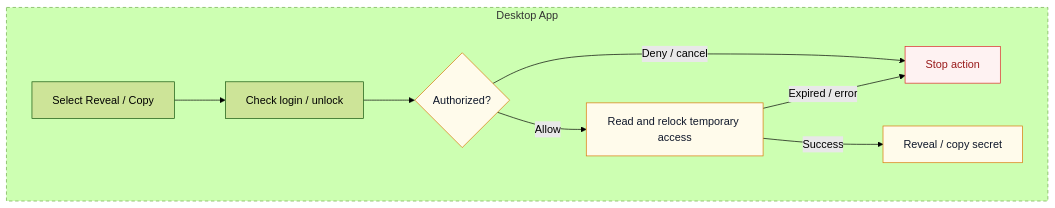
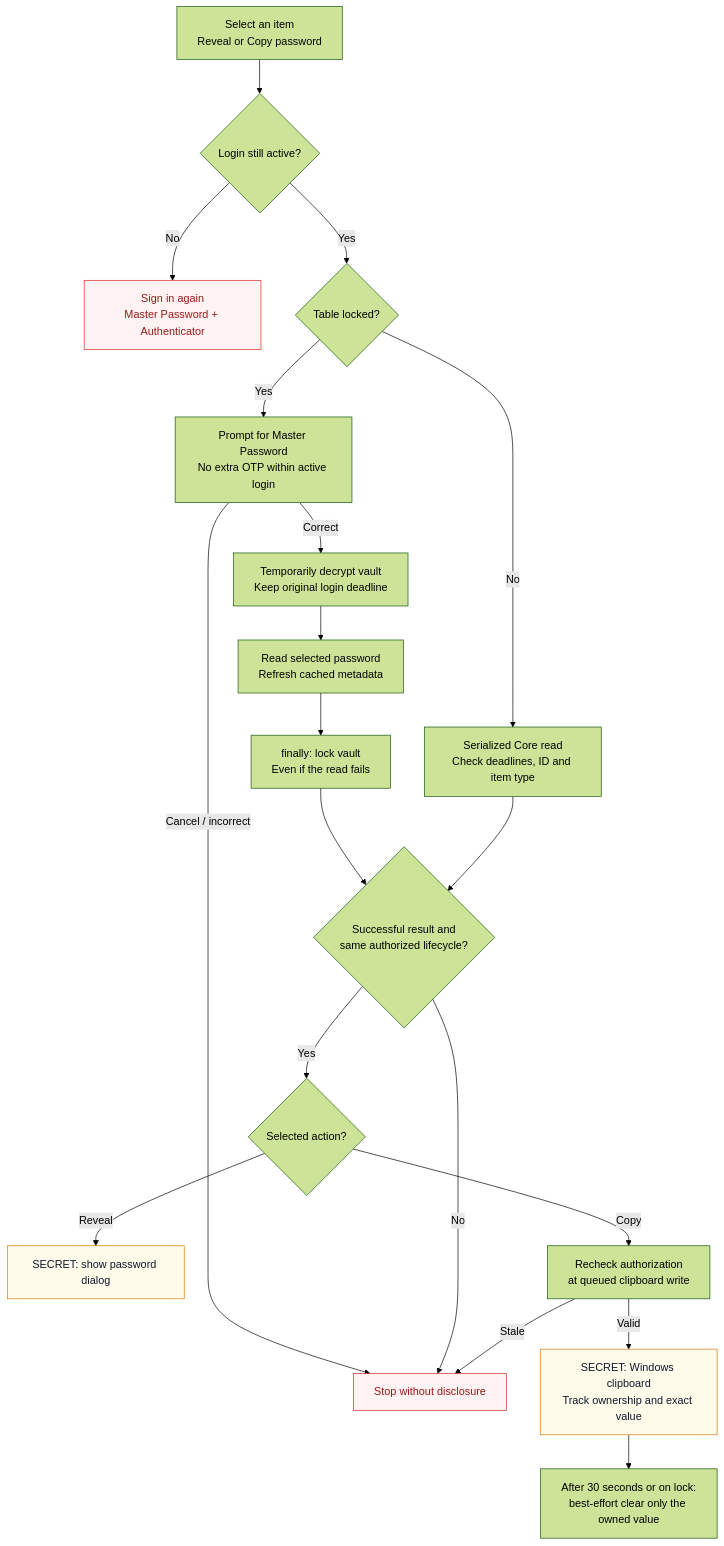
The diagram in docs/diagrams/reveal-copy.mmd (Lmnhutw/YourSafe), drawn with Mermaid (forest theme) before and after one commit. The commit also changed 47 other files, not shown here.

```diff
--- a/docs/diagrams/reveal-copy.mmd
+++ b/docs/diagrams/reveal-copy.mmd
@@ -1,16 +1,23 @@
-flowchart LR
-    accTitle: Reveal or copy a password
-    accDescr: A desktop action checks the login and unlocks temporarily with the Master Password if the table is locked. Core checks the read; temporary access relocks before the selected secret reaches the UI. Denied, cancelled, expired or unavailable requests stop.
-    subgraph desktop["Desktop App"]
-        direction LR
-        select["`Select Reveal / Copy`"] --> authorize["`Check login / unlock`"]
-        authorize --> allowed{"Authorized?"}:::decision
-        allowed -->|Deny / cancel| stop["Stop action"]:::danger
-        allowed -->|Allow| read["`Read and relock temporary access`"]:::secret
-        read -->|Expired / error| stop
-        read -->|Success| show["`Reveal / copy secret`"]:::secret
-    end
-    classDef decision fill:#fffbeb,stroke:#d97706,color:#0f172a
+flowchart TB
+    accTitle: Reveal or copy one password
+    accDescr: A protected desktop read uses the current login. Table-locked actions prompt for the Master Password and always relock in finally before delivering a result. Lifecycle changes discard stale results. Clipboard writes recheck authorization and attempt owned-value cleanup after 30 seconds and on lock.
+    action["Select an item\nReveal or Copy password"] --> login{"Login still active?"}
+    login -->|No| signin["Sign in again\nMaster Password + Authenticator"]:::danger
+    login -->|Yes| locked{"Table locked?"}
+    locked -->|No| read["Serialized Core read\nCheck deadlines, ID and item type"]
+    locked -->|Yes| prompt["Prompt for Master Password\nNo extra OTP within active login"]
+    prompt -->|Cancel / incorrect| stop["Stop without disclosure"]:::danger
+    prompt -->|Correct| temporary["Temporarily decrypt vault\nKeep original login deadline"]
+    temporary --> protected["Read selected password\nRefresh cached metadata"]
+    protected --> relock["finally: lock vault\nEven if the read fails"]
+    relock --> current{"Successful result and\nsame authorized lifecycle?"}
+    read --> current
+    current -->|No| stop
+    current -->|Yes| output{"Selected action?"}
+    output -->|Reveal| reveal["SECRET: show password dialog"]:::secret
+    output -->|Copy| guard["Recheck authorization\nat queued clipboard write"]
+    guard -->|Valid| copy["SECRET: Windows clipboard\nTrack ownership and exact value"]:::secret
+    guard -->|Stale| stop
+    copy --> cleanup["After 30 seconds or on lock:\nbest-effort clear only the owned value"]
     classDef secret fill:#fffbeb,stroke:#d97706,color:#0f172a
     classDef danger fill:#fef2f2,stroke:#dc2626,color:#991b1b
-    style desktop stroke-dasharray:5 4
```
